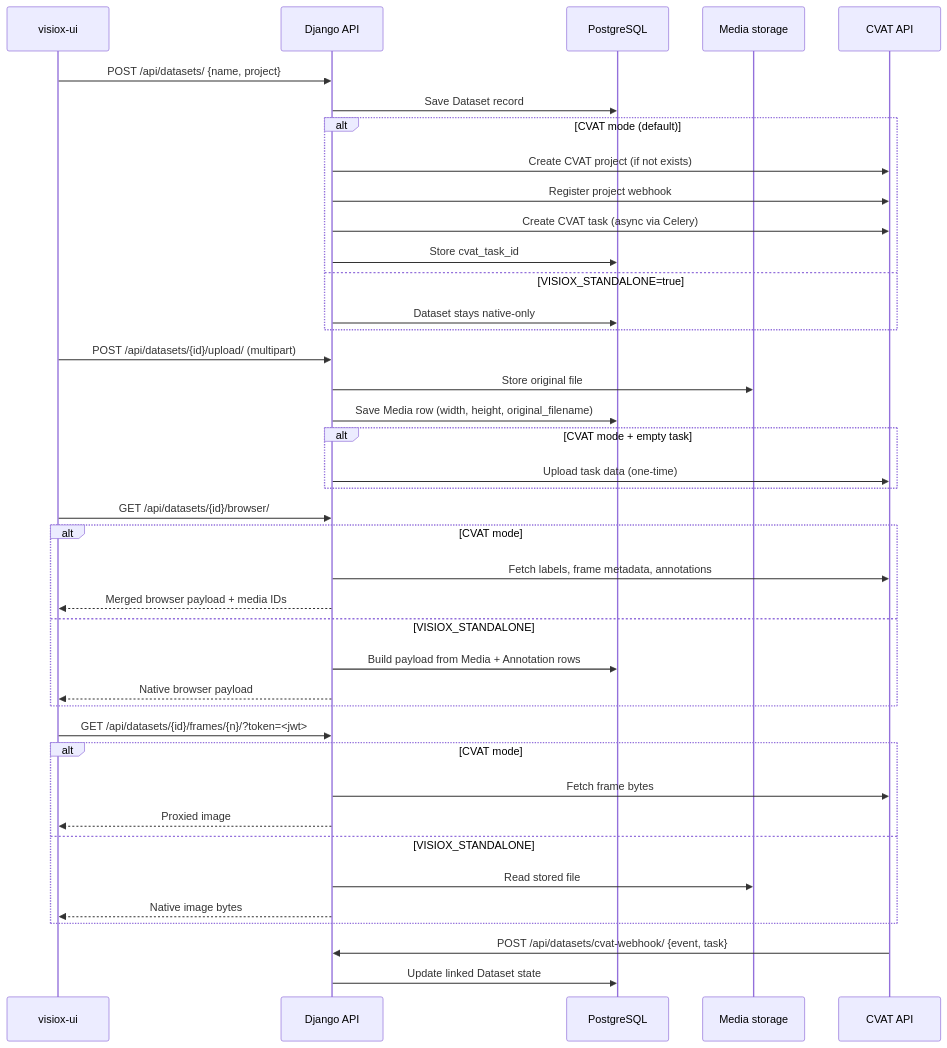
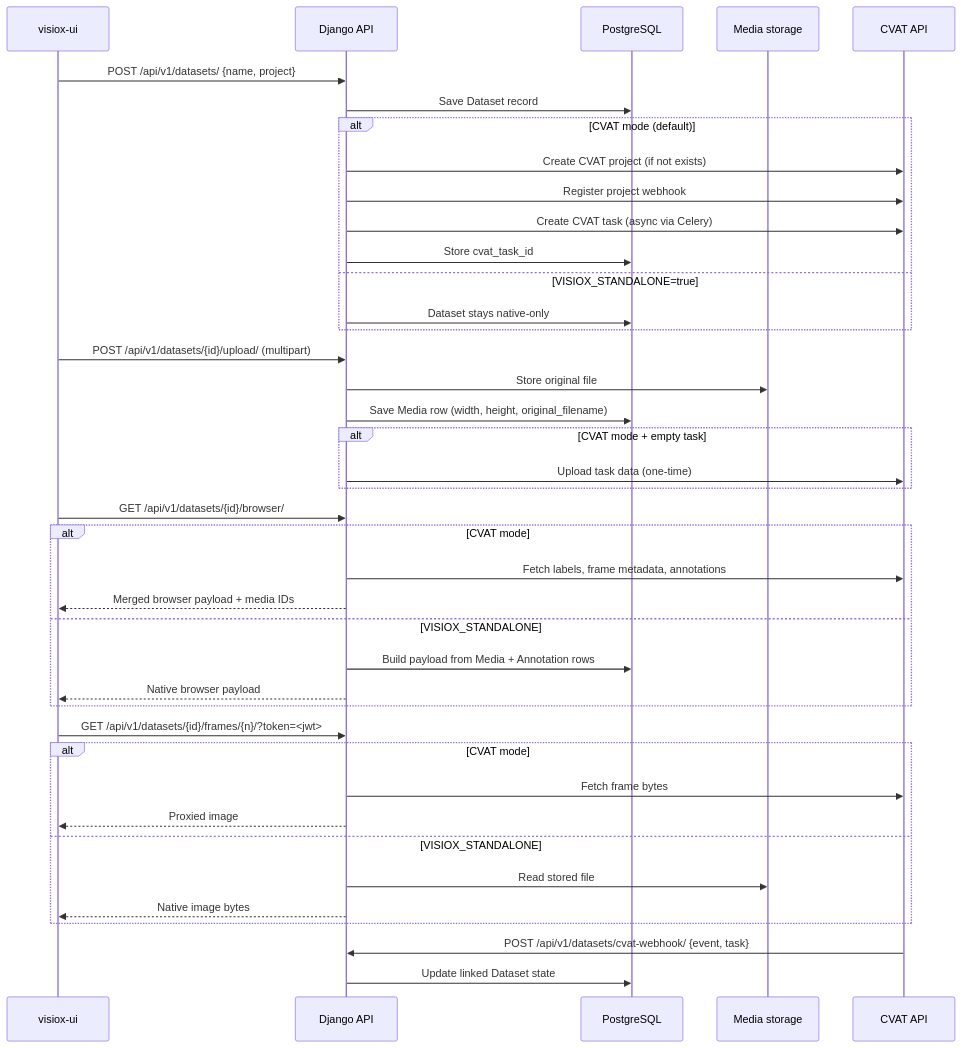
The fifth of 13 diagrams in docs/ARCHITECTURE_DIAGRAMS.md (the-visiox/visiox), drawn with Mermaid before and after one commit. The commit also changed other lines of this file and 16 other files, not shown here.

````diff
--- a/docs/ARCHITECTURE_DIAGRAMS.md
+++ b/docs/ARCHITECTURE_DIAGRAMS.md
@@ -164,47 +192,47 @@
 ```mermaid
 sequenceDiagram
     participant UI as visiox-ui
     participant API as Django API
     participant DB as PostgreSQL
     participant Media as Media storage
     participant CVAT as CVAT API
 
-    UI->>API: POST /api/datasets/ {name, project}
+    UI->>API: POST /api/v1/datasets/ {name, project}
     API->>DB: Save Dataset record
     alt CVAT mode (default)
         API->>CVAT: Create CVAT project (if not exists)
         API->>CVAT: Register project webhook
         API->>CVAT: Create CVAT task (async via Celery)
         API->>DB: Store cvat_task_id
     else VISIOX_STANDALONE=true
         API->>DB: Dataset stays native-only
     end
 
-    UI->>API: POST /api/datasets/{id}/upload/ (multipart)
+    UI->>API: POST /api/v1/datasets/{id}/upload/ (multipart)
     API->>Media: Store original file
     API->>DB: Save Media row (width, height, original_filename)
     alt CVAT mode + empty task
         API->>CVAT: Upload task data (one-time)
     end
 
-    UI->>API: GET /api/datasets/{id}/browser/
+    UI->>API: GET /api/v1/datasets/{id}/browser/
     alt CVAT mode
         API->>CVAT: Fetch labels, frame metadata, annotations
         API-->>UI: Merged browser payload + media IDs
     else VISIOX_STANDALONE
         API->>DB: Build payload from Media + Annotation rows
         API-->>UI: Native browser payload
     end
 
-    UI->>API: GET /api/datasets/{id}/frames/{n}/?token=<jwt>
+    UI->>API: GET /api/v1/datasets/{id}/frames/{n}/?token=<jwt>
     alt CVAT mode
         API->>CVAT: Fetch frame bytes
         API-->>UI: Proxied image
     else VISIOX_STANDALONE
         API->>Media: Read stored file
         API-->>UI: Native image bytes
     end
 
-    CVAT->>API: POST /api/datasets/cvat-webhook/ {event, task}
+    CVAT->>API: POST /api/v1/datasets/cvat-webhook/ {event, task}
     API->>DB: Update linked Dataset state
 ```
````
